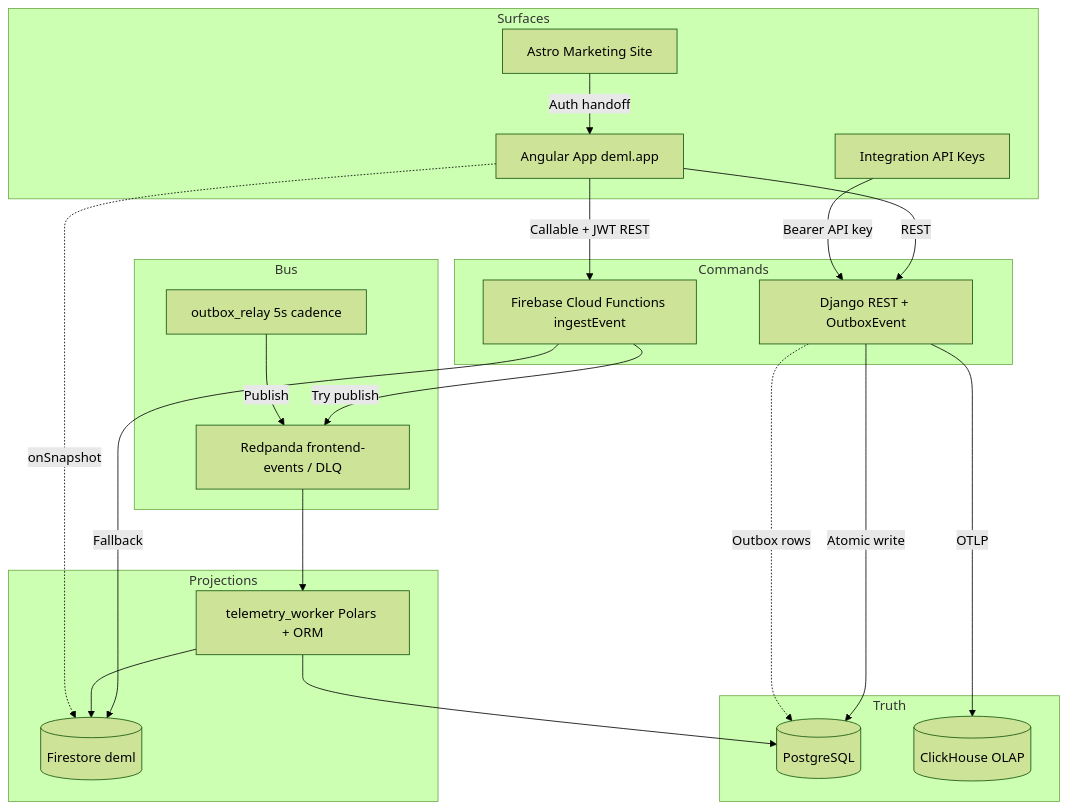
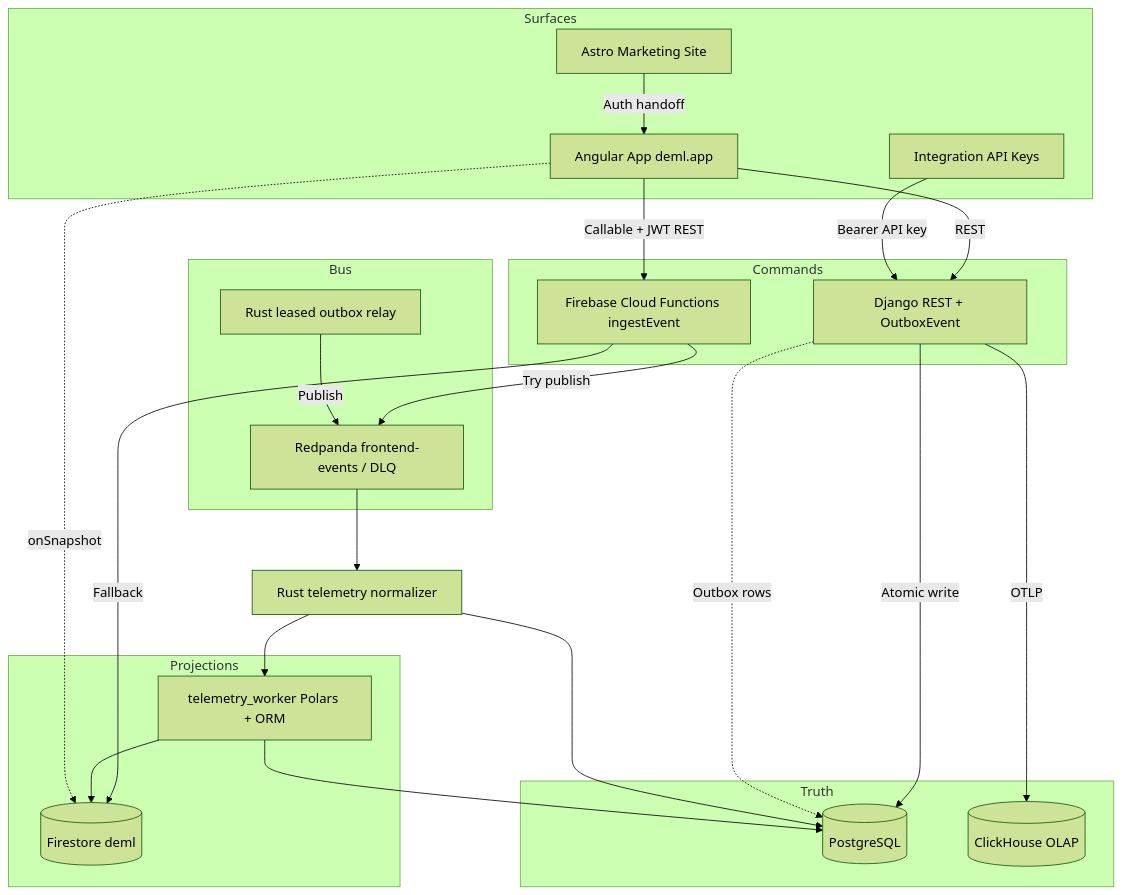
One commit to dataengineeringformachinelearning/dataengineeringformachinelearning changed the first of 4 diagrams in BOOK.md. Above: the diagram before and after it, drawn with Mermaid (forest theme). The commit also changed other lines of this file and 114 other files, not shown here.

````diff
--- a/BOOK.md
+++ b/BOOK.md
@@ -71,43 +71,45 @@
 ```mermaid
 flowchart TB
  subgraph Surfaces
  M[Astro Marketing Site]
  A[Angular App deml.app]
  API[Integration API Keys]
  end
 
  subgraph Commands
  FCF[Firebase Cloud Functions ingestEvent]
  DJ[Django REST + OutboxEvent]
  end
 
  subgraph Bus
  RP[Redpanda frontend-events / DLQ]
- OR[outbox_relay 5s cadence]
+ OR[Rust leased outbox relay]
  end
 
  subgraph Projections
  TW[telemetry_worker Polars + ORM]
  FS[(Firestore deml)]
  end
 
  subgraph Truth
  PG[(PostgreSQL)]
  CH[(ClickHouse OLAP)]
  end
 
  M -->|Auth handoff| A
  A -->|Callable + JWT REST| FCF
  A -->|REST| DJ
  API -->|Bearer API key| DJ
  FCF -->|Try publish| RP
  FCF -->|Fallback| FS
  DJ -->|Atomic write| PG
  OR -->|Publish| RP
  DJ -.->|Outbox rows| PG
- RP --> TW
+ RP --> RN[Rust telemetry normalizer]
+ RN --> TW
+ RN --> PG
  TW --> FS
  TW --> PG
  A -.->|onSnapshot| FS
  DJ -->|OTLP| CH
 ```
````
